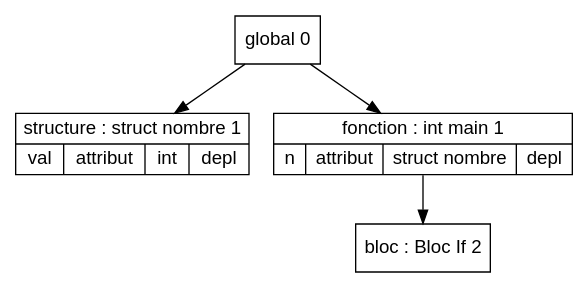
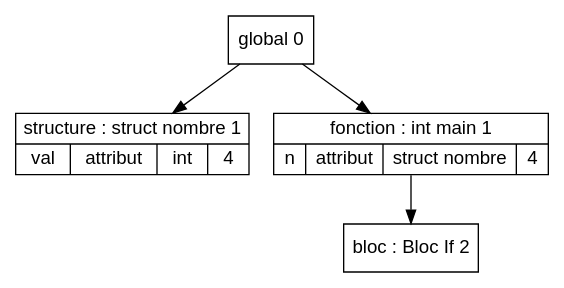
Before and after one commit to Hamza-ABDOULHOUSSEN/compil: the diagram in Code/out/tds/dot/Test_Semantique/cond1.dot, drawn with Graphviz. The commit also changed 46 other files, not shown here.

```diff
--- a/Code/out/tds/dot/Test_Semantique/cond1.dot
+++ b/Code/out/tds/dot/Test_Semantique/cond1.dot
@@ -1,23 +1,23 @@
 digraph "tds"{
 
 	node [fontname="Arial"];
 
 	N1 [shape=record label="{ structure : struct nombre 1
-	| { val | attribut | int | depl }
+	| { val | attribut | int | 4 }
 	}"];
 
 	N3 [shape=record label="{ bloc : Bloc If  2
 	}"];
 
 	N2 [shape=record label="{ fonction : int main 1
-	| { n | attribut | struct nombre | depl }
+	| { n | attribut | struct nombre | 4 }
 	}"];
 
 	N0 [shape=record label="{ global 0
 	}"];
 
 
 	N0 -> N1; 
 	N0 -> N2; 
 	N2 -> N3; 
 }
```
